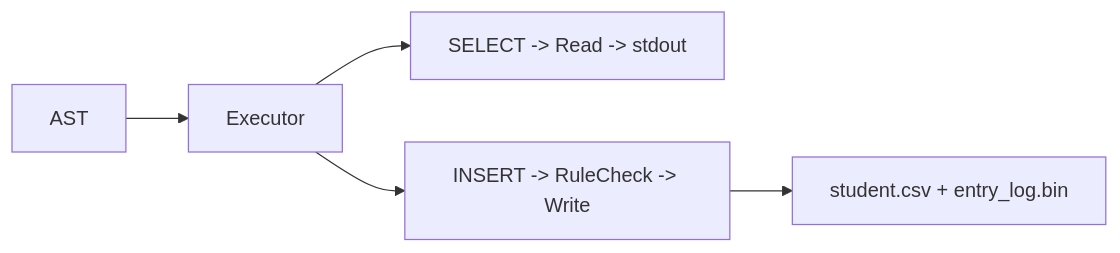
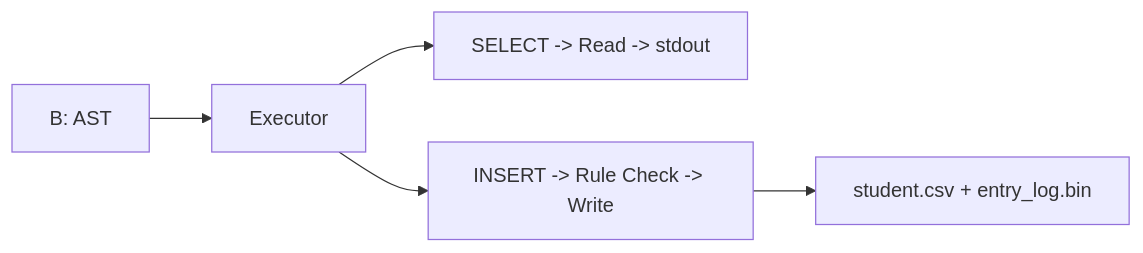
One commit to tail1887/sql_parsor changed the tenth of 12 diagrams in README.md. Above: the diagram before and after it, drawn with Mermaid. The commit also changed other lines of this file, not shown here.

````diff
--- a/README.md
+++ b/README.md
@@ -168,7 +141,7 @@
 ```mermaid
 flowchart LR
-    b1["AST"] --> b2["Executor"]
+    b1["B: AST"] --> b2["Executor"]
     b2 --> b3["SELECT -> Read -> stdout"]
-    b2 --> b4["INSERT -> RuleCheck -> Write"]
+    b2 --> b4["INSERT -> Rule Check -> Write"]
     b4 --> b5["student.csv + entry_log.bin"]
 ```
````
